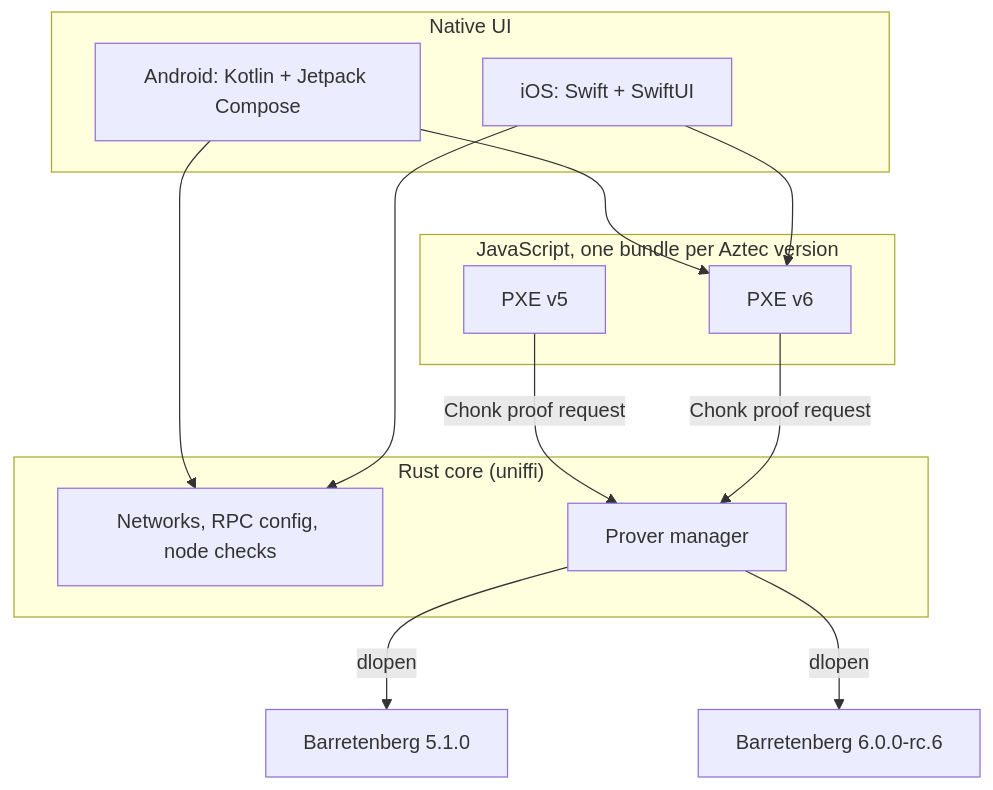
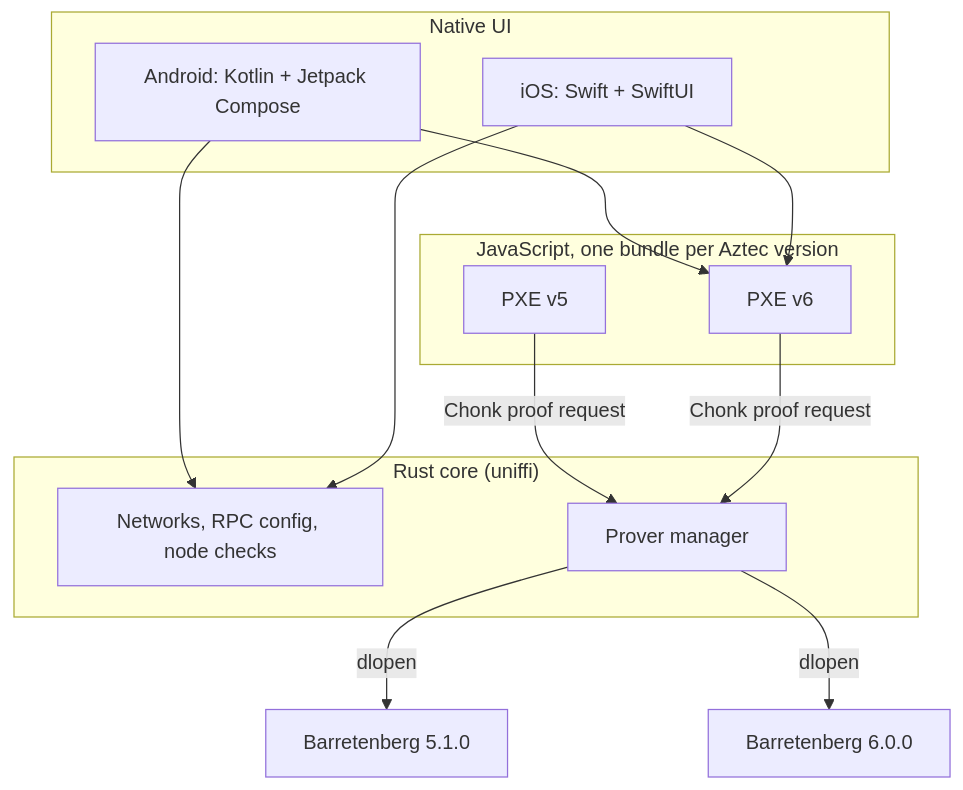
One commit to Azwall/azwall changed the diagram in docs/index.md. Above: the diagram before and after it, drawn with Mermaid. The commit also changed other lines of this file and 25 other files, not shown here.

````diff
--- a/docs/index.md
+++ b/docs/index.md
@@ -29,21 +29,21 @@
 ```mermaid
 flowchart TB
     subgraph UI["Native UI"]
         A["Android: Kotlin + Jetpack Compose"]
         I["iOS: Swift + SwiftUI"]
     end
     subgraph JS["JavaScript, one bundle per Aztec version"]
         P5["PXE v5"]
         P6["PXE v6"]
     end
     subgraph RS["Rust core (uniffi)"]
         C["Networks, RPC config, node checks"]
         M["Prover manager"]
     end
     B5["Barretenberg 5.1.0"]
-    B6["Barretenberg 6.0.0-rc.6"]
+    B6["Barretenberg 6.0.0"]
     A & I --> C
     A & I --> P6
     P5 & P6 -- "Chonk proof request" --> M
     M -- "dlopen" --> B5 & B6
 ```
````
